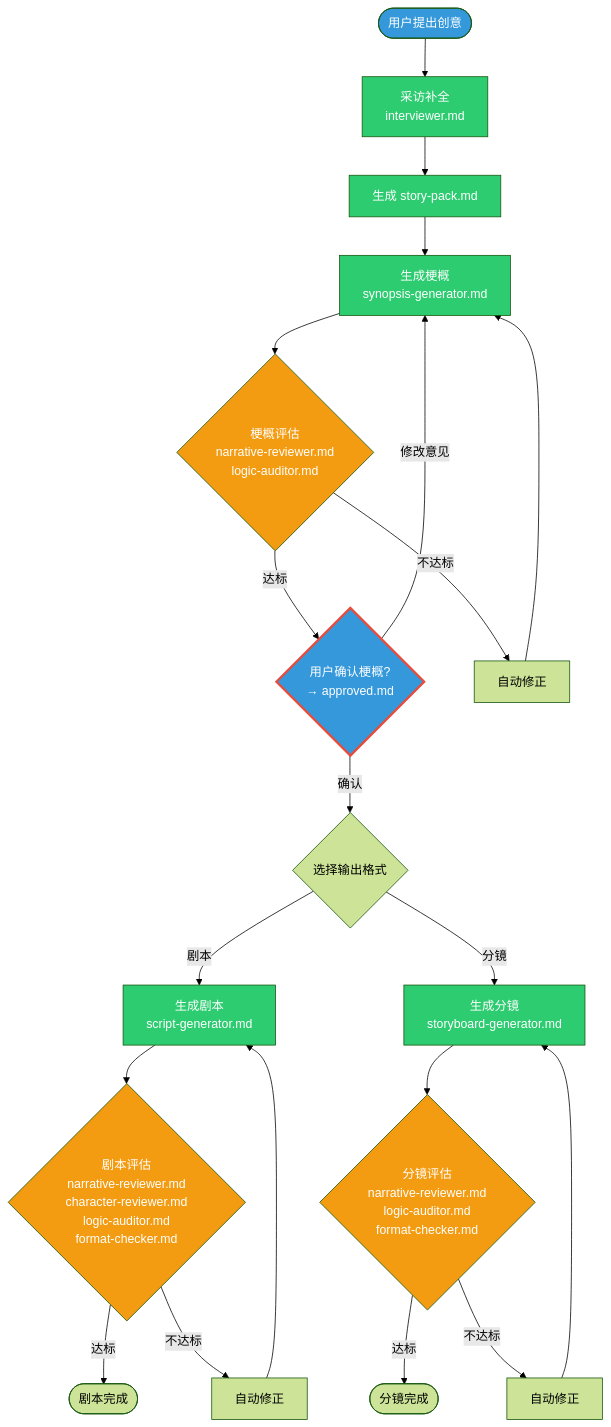
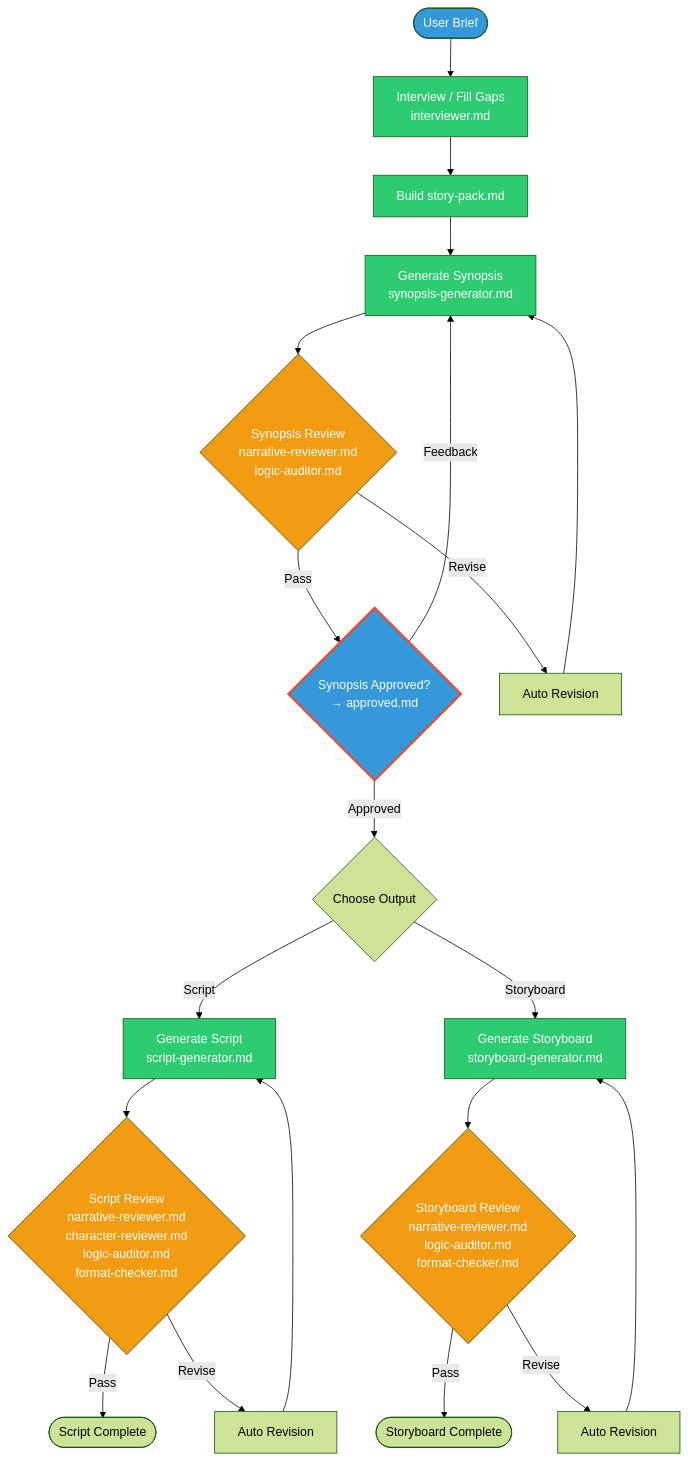
One commit to zhiyuzi/StoryForge changed the first of 3 diagrams in README.en.md. Above: the diagram before and after it, drawn with Mermaid (forest theme). The commit also changed other lines of this file, not shown here.

Commit message:
docs(readme): translate english mermaid labels

````diff
--- a/README.en.md
+++ b/README.en.md
@@ -58,33 +58,33 @@
 ```mermaid
 flowchart TD
-    A([用户提出创意]) --> B["采访补全<br>interviewer.md"]
-    B --> C["生成 story-pack.md"]
-    C --> D["生成梗概<br>synopsis-generator.md"]
-    D --> E{"梗概评估<br>narrative-reviewer.md<br>logic-auditor.md"}
-    E -->|达标| F
-    E -->|不达标| G[自动修正]
+    A([User Brief]) --> B["Interview / Fill Gaps<br>interviewer.md"]
+    B --> C["Build story-pack.md"]
+    C --> D["Generate Synopsis<br>synopsis-generator.md"]
+    D --> E{"Synopsis Review<br>narrative-reviewer.md<br>logic-auditor.md"}
+    E -->|Pass| F
+    E -->|Revise| G[Auto Revision]
     G --> D
     F:::hardgate
-    F{"用户确认梗概?<br>→ approved.md"}
-    F -->|确认| H{选择输出格式}
-    F -->|修改意见| D
-    H -->|剧本| I["生成剧本<br>script-generator.md"]
-    H -->|分镜| J["生成分镜<br>storyboard-generator.md"]
-    I --> K{"剧本评估<br>narrative-reviewer.md<br>character-reviewer.md<br>logic-auditor.md<br>format-checker.md"}
-    K -->|达标| L([剧本完成])
-    K -->|不达标| M[自动修正]
+    F{"Synopsis Approved?<br>→ approved.md"}
+    F -->|Approved| H{Choose Output}
+    F -->|Feedback| D
+    H -->|Script| I["Generate Script<br>script-generator.md"]
+    H -->|Storyboard| J["Generate Storyboard<br>storyboard-generator.md"]
+    I --> K{"Script Review<br>narrative-reviewer.md<br>character-reviewer.md<br>logic-auditor.md<br>format-checker.md"}
+    K -->|Pass| L([Script Complete])
+    K -->|Revise| M[Auto Revision]
     M --> I
-    J --> N{"分镜评估<br>narrative-reviewer.md<br>logic-auditor.md<br>format-checker.md"}
-    N -->|达标| O([分镜完成])
-    N -->|不达标| P[自动修正]
+    J --> N{"Storyboard Review<br>narrative-reviewer.md<br>logic-auditor.md<br>format-checker.md"}
+    N -->|Pass| O([Storyboard Complete])
+    N -->|Revise| P[Auto Revision]
     P --> J
 
     classDef hardgate stroke:#e74c3c,stroke-width:3px
     classDef user fill:#3498db,color:#fff
     classDef gen fill:#2ecc71,color:#fff
     classDef eval fill:#f39c12,color:#fff
 
     class A,F user
     class B,C,D,I,J gen
     class E,K,N eval
 ```
````
